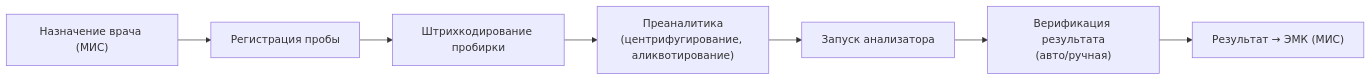
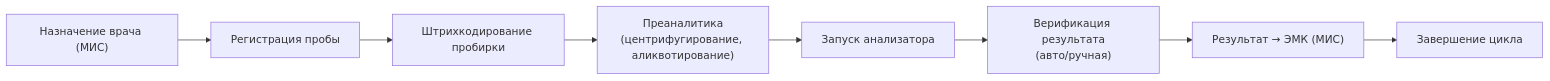
One commit to sergeyodnoval-bot/sysanalyst-kb.github.io changed the first of 2 diagrams in docs/specialization/medtech-lis.md. Above: the diagram before and after it, drawn with Mermaid. The commit also changed other lines of this file and 13 other files, not shown here.

````diff
--- a/docs/specialization/medtech-lis.md
+++ b/docs/specialization/medtech-lis.md
@@ -22,9 +46,10 @@
 ```mermaid
 flowchart LR
     ORD["Назначение врача (МИС)"] --> REG["Регистрация пробы"]
     REG --> BAR["Штрихкодирование пробирки"]
     BAR --> PREP["Преаналитика<br/>(центрифугирование, аликвотирование)"]
     PREP --> RUN["Запуск анализатора"]
     RUN --> VERIF["Верификация результата<br/>(авто/ручная)"]
     VERIF --> RES["Результат → ЭМК (МИС)"]
+    RES --> F["Завершение цикла"]
 ```
````
